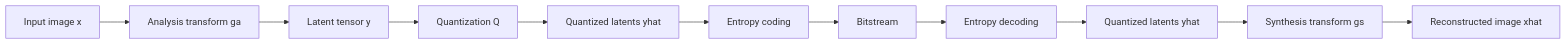
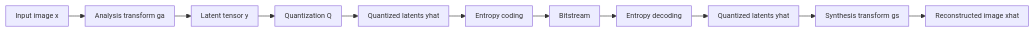
One commit to alessandro-vulcu-code/ICT2025 changed diagram 12 of 31 in First Year/Second Semester/Multimedia Communications/Summaries/Multimedia Communications - Complete Notes.md. Above: the diagram before and after it, drawn with Mermaid. The commit also changed other lines of this file and 582 other files, not shown here.

````diff
--- a/First Year/Second Semester/Multimedia Communications/Summaries/Multimedia Communications - Complete Notes.md
+++ b/First Year/Second Semester/Multimedia Communications/Summaries/Multimedia Communications - Complete Notes.md
@@ -3852,13 +3830,14 @@
 ```mermaid
+%%{init: {"flowchart": {"useMaxWidth": true, "htmlLabels": false, "nodeSpacing": 18, "rankSpacing": 28, "padding": 8}, "themeVariables": {"fontSize": "12px"}}}%%
 flowchart LR
-    A[Input image x] --> B[Analysis transform ga]
-    B --> C[Latent tensor y]
-    C --> D[Quantization Q]
-    D --> E[Quantized latents yhat]
-    E --> F[Entropy coding]
-    F --> G[Bitstream]
-    G --> H[Entropy decoding]
-    H --> E2[Quantized latents yhat]
-    E2 --> I[Synthesis transform gs]
-    I --> J[Reconstructed image xhat]
+    A["Input image x"] --> B["Analysis transform ga"]
+    B --> C["Latent tensor y"]
+    C --> D["Quantization Q"]
+    D --> E["Quantized latents yhat"]
+    E --> F["Entropy coding"]
+    F --> G["Bitstream"]
+    G --> H["Entropy decoding"]
+    H --> E2["Quantized latents yhat"]
+    E2 --> I["Synthesis transform gs"]
+    I --> J["Reconstructed image xhat"]
 ```
````
